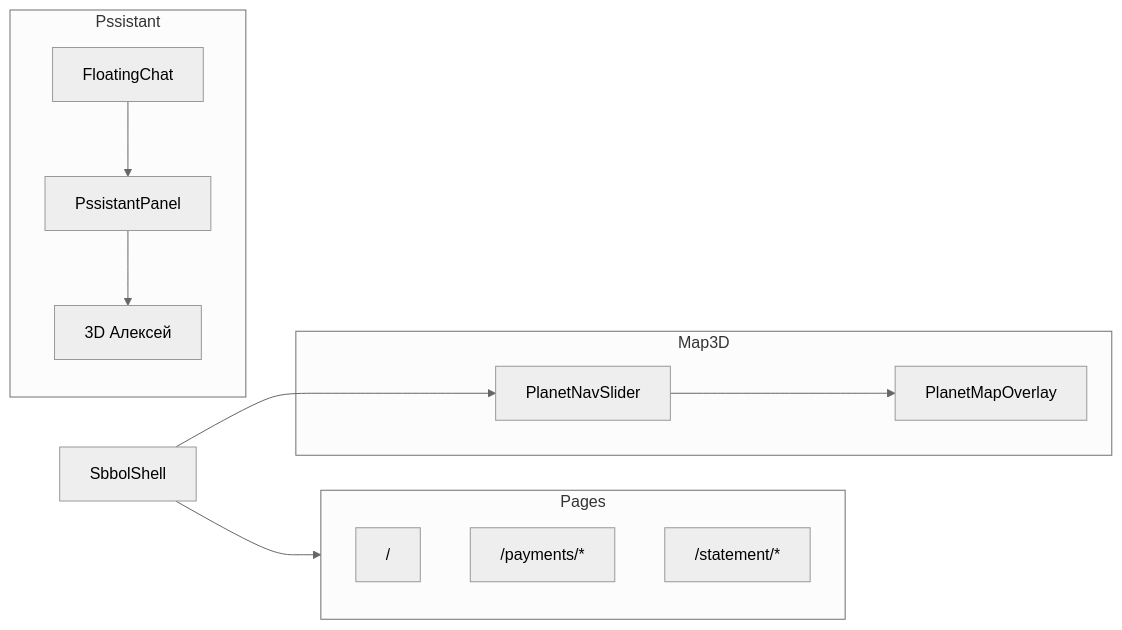
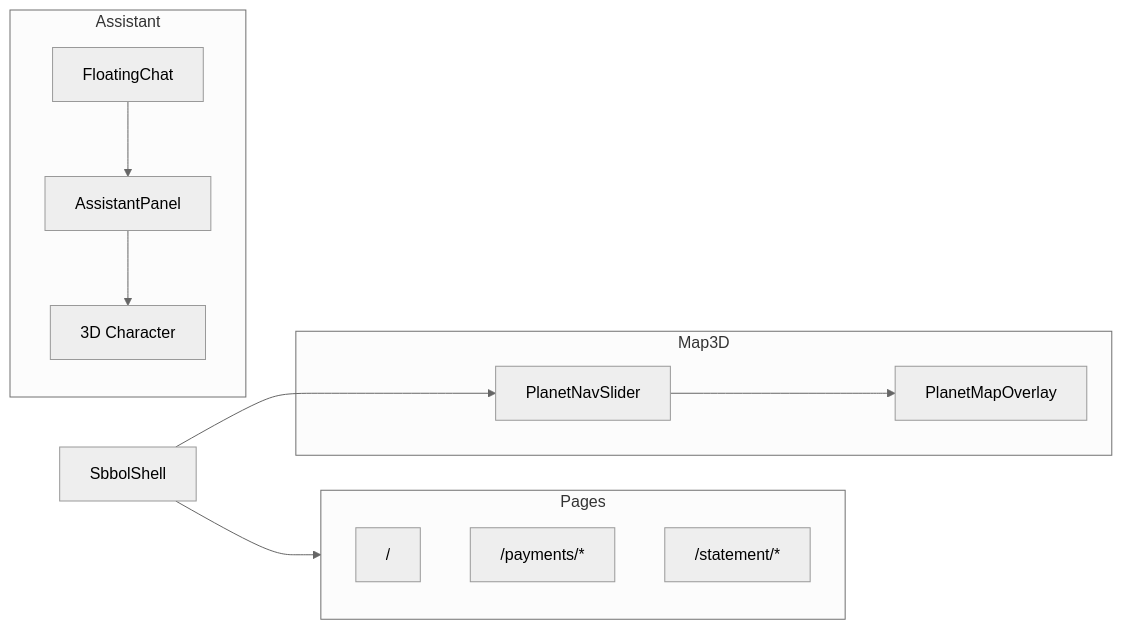
The third of 5 diagrams in docs/ARCHITECTURE.md (grrraaaa/mvp), drawn with Mermaid (neutral theme) before and after one commit. The commit also changed other lines of this file and 56 other files, not shown here.

````diff
--- a/docs/ARCHITECTURE.md
+++ b/docs/ARCHITECTURE.md
@@ -64,23 +64,23 @@
 ```mermaid
 flowchart LR
     subgraph Pages
         P1["/"]
         P2["/payments/*"]
         P3["/statement/*"]
     end
 
-    subgraph Pssistant
-        FPB[FloatingChat]
-        PP[PssistantPanel]
-        CHPR[3D Алексей]
+    subgraph Assistant
+        FAB[FloatingChat]
+        AP[AssistantPanel]
+        CHAR[3D Character]
     end
 
     subgraph Map3D
         SL[PlanetNavSlider]
         PO[PlanetMapOverlay]
     end
 
     SHELL[SbbolShell] --> Pages & SL
-    FPB --> PP --> CHPR
+    FAB --> AP --> CHAR
     SL --> PO
 ```
````
